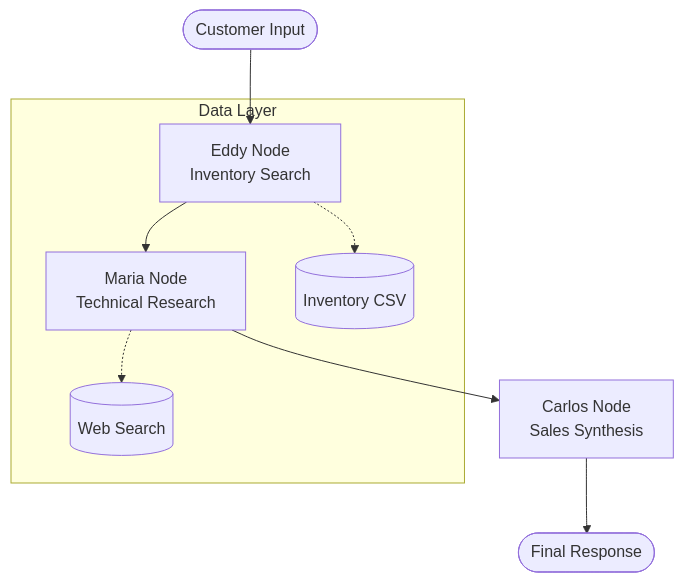
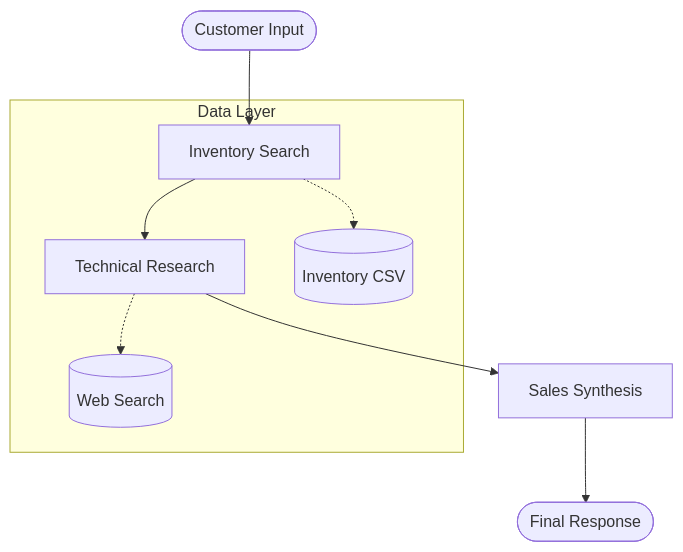
Before and after one commit to roapple10/Advanced-Multi-Agent-Car-Sales-System: the first of 7 diagrams in The Agentic AI Playbook.md, drawn with Mermaid. The commit also changed other lines of this file and 2 other files, not shown here.

Commit message:
auto update

````diff
--- a/The Agentic AI Playbook.md
+++ b/The Agentic AI Playbook.md
@@ -33,12 +33,12 @@
 ```mermaid
 graph TD
-    User([Customer Input]) --> Eddy[Eddy Node<br/>Inventory Search]
-    Eddy --> Maria[Maria Node<br/>Technical Research]
-    Maria --> Carlos[Carlos Node<br/>Sales Synthesis]
+    User([Customer Input]) --> Eddy[Inventory Search]
+    Eddy --> Maria[Technical Research]
+    Maria --> Carlos[Sales Synthesis]
     Carlos --> Output([Final Response])
 
     subgraph Data_Layer [Data Layer]
         Eddy -.-> CSV[(Inventory CSV)]
         Maria -.-> Web[(Web Search)]
     end
 ```
````
